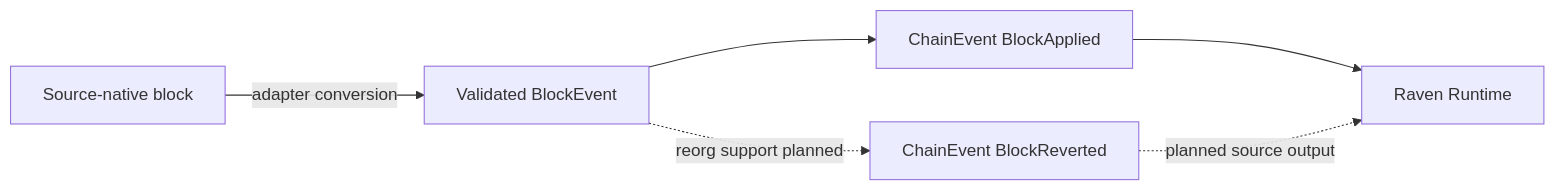
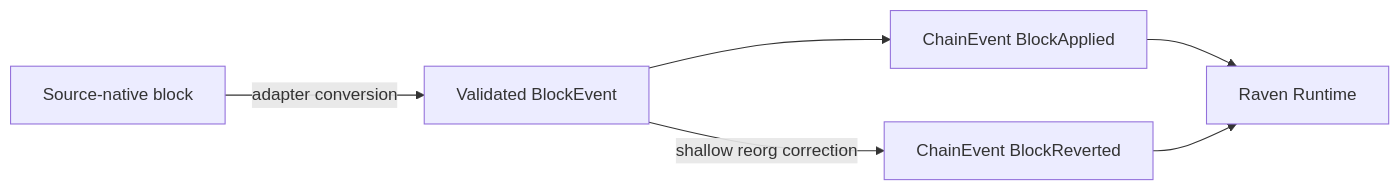
Before and after one commit to abhi3700/raven: the diagram in docs/concepts/events.mdx, drawn with Mermaid. The commit also changed other lines of this file and 36 other files, not shown here.

First line of the commit message:
feat: add reliable event delivery and runtime docs

````diff
--- a/docs/concepts/events.mdx
+++ b/docs/concepts/events.mdx
@@ -70,8 +69,8 @@
 ```mermaid
 flowchart LR
     native[Source-native block] -->|adapter conversion| block[Validated BlockEvent]
     block --> applied[ChainEvent BlockApplied]
-    block -. reorg support planned .-> reverted[ChainEvent BlockReverted]
+    block -->|shallow reorg correction| reverted[ChainEvent BlockReverted]
     applied --> runtime[Raven Runtime]
-    reverted -. planned source output .-> runtime
+    reverted --> runtime
 ```
````
